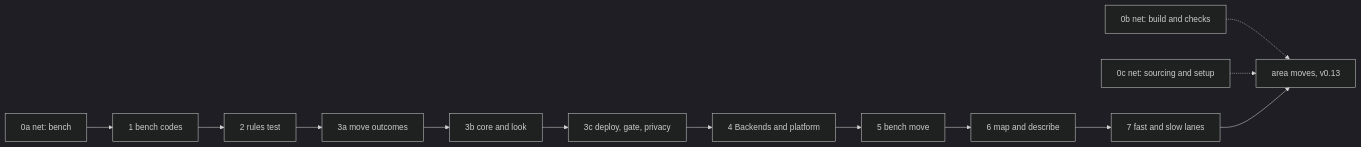
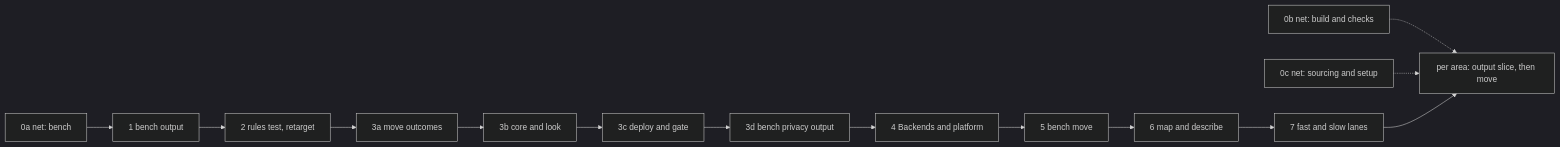
One commit to xmejkal/spark changed the diagram in docs/discovery/2026-10-19-p323-target-architecture/architecture/refactor-plan.md. Above: the diagram before and after it, drawn with Mermaid (dark theme). The commit also changed other lines of this file and 13 other files, not shown here.

````diff
--- a/docs/discovery/2026-10-19-p323-target-architecture/architecture/refactor-plan.md
+++ b/docs/discovery/2026-10-19-p323-target-architecture/architecture/refactor-plan.md
@@ -12,15 +19,16 @@
 ```mermaid
 flowchart LR
-  S0a["0a net: bench"] --> S1["1 bench codes"]
-  S1 --> S2["2 rules test"]
+  S0a["0a net: bench"] --> S1["1 bench output"]
+  S1 --> S2["2 rules test, retarget"]
   S2 --> S3a["3a move outcomes"]
   S3a --> S3b["3b core and look"]
-  S3b --> S3c["3c deploy, gate, privacy"]
-  S3c --> S4["4 Backends and platform"]
+  S3b --> S3c["3c deploy and gate"]
+  S3c --> S3d["3d bench privacy output"]
+  S3d --> S4["4 Backends and platform"]
   S4 --> S5["5 bench move"]
   S5 --> S6["6 map and describe"]
   S6 --> S7["7 fast and slow lanes"]
-  S0b["0b net: build and checks"] -.-> M1["area moves, v0.13"]
+  S0b["0b net: build and checks"] -.-> M1["per area: output slice, then move"]
   S0c["0c net: sourcing and setup"] -.-> M1
   S7 --> M1
 ```
````
